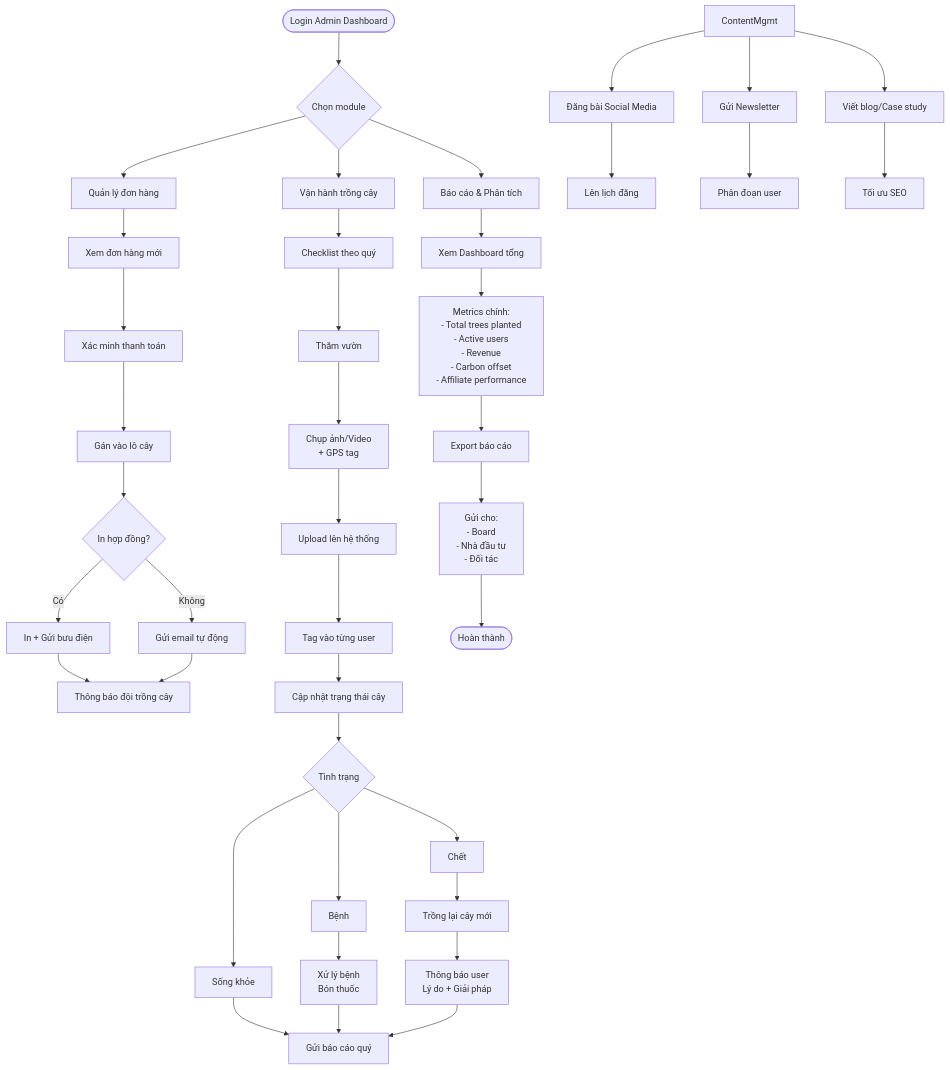
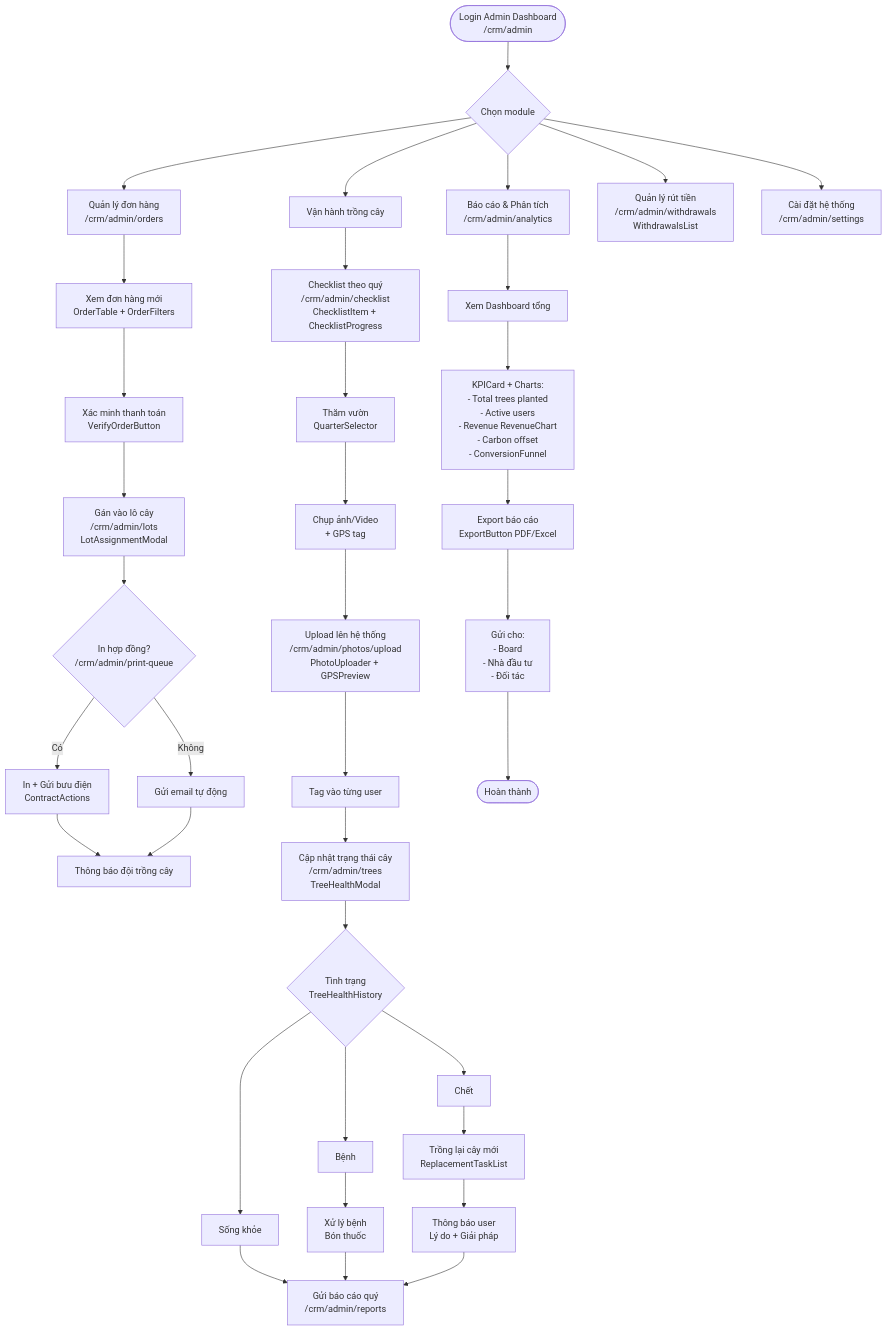
One commit to deptrai/dainganxanh changed the fifth of 5 diagrams in docs/userflow.md. Above: the diagram before and after it, drawn with Mermaid. The commit also changed other lines of this file and 3 other files, not shown here.

Commit message:
fix: update import path in next-env.d.ts and enhance user flow documentation

````diff
--- a/docs/userflow.md
+++ b/docs/userflow.md
@@ -103,56 +157,50 @@
 ```mermaid
 flowchart TD
-    Start([Login Admin Dashboard]) --> MainMenu{Chọn module}
-    
-    MainMenu --> OrderMgmt[Quản lý đơn hàng]
+    Start([Login Admin Dashboard<br>/crm/admin]) --> MainMenu{Chọn module}
+
+    MainMenu --> OrderMgmt[Quản lý đơn hàng<br>/crm/admin/orders]
     MainMenu --> PlantOps[Vận hành trồng cây]
+    MainMenu --> Analytics[Báo cáo & Phân tích<br>/crm/admin/analytics]
 
-    MainMenu --> Analytics[Báo cáo & Phân tích]
-    
-    OrderMgmt --> NewOrders[Xem đơn hàng mới]
-    NewOrders --> Verify[Xác minh thanh toán]
-    Verify --> Assign[Gán vào lô cây]
-    Assign --> PrintContract{In hợp đồng?}
-    PrintContract -->|Có| Print[In + Gửi bưu điện]
+    OrderMgmt --> NewOrders[Xem đơn hàng mới<br>OrderTable + OrderFilters]
+    NewOrders --> Verify[Xác minh thanh toán<br>VerifyOrderButton]
+    Verify --> Assign[Gán vào lô cây<br>/crm/admin/lots<br>LotAssignmentModal]
+    Assign --> PrintContract{In hợp đồng?<br>/crm/admin/print-queue}
+    PrintContract -->|Có| Print[In + Gửi bưu điện<br>ContractActions]
     PrintContract -->|Không| Digital[Gửi email tự động]
-    
+
     Print --> NotifyField[Thông báo đội trồng cây]
     Digital --> NotifyField
-    
-    PlantOps --> QuarterCheck[Checklist theo quý]
-    QuarterCheck --> FieldVisit[Thăm vườn]
-    FieldVisit --> TakePhoto[Chụp ảnh/Video<br/>+ GPS tag]
-    TakePhoto --> Upload[Upload lên hệ thống]
-    
+
+    PlantOps --> QuarterCheck[Checklist theo quý<br>/crm/admin/checklist<br>ChecklistItem + ChecklistProgress]
+    QuarterCheck --> FieldVisit[Thăm vườn<br>QuarterSelector]
+    FieldVisit --> TakePhoto[Chụp ảnh/Video<br>+ GPS tag]
+    TakePhoto --> Upload[Upload lên hệ thống<br>/crm/admin/photos/upload<br>PhotoUploader + GPSPreview]
+
     Upload --> TagUsers[Tag vào từng user]
-    TagUsers --> UpdateStatus[Cập nhật trạng thái cây]
-    
-    UpdateStatus --> CheckHealth{Tình trạng}
+    TagUsers --> UpdateStatus[Cập nhật trạng thái cây<br>/crm/admin/trees<br>TreeHealthModal]
+
+    UpdateStatus --> CheckHealth{Tình trạng<br>TreeHealthHistory}
     CheckHealth --> Healthy[Sống khỏe]
     CheckHealth --> Sick[Bệnh]
     CheckHealth --> Dead[Chết]
-    
-    Sick --> Treatment[Xử lý bệnh<br/>Bón thuốc]
-    Dead --> Replant[Trồng lại cây mới]
-    Replant --> NotifyUser[Thông báo user<br/>Lý do + Giải pháp]
-    
+
+    Sick --> Treatment[Xử lý bệnh<br>Bón thuốc]
+    Dead --> Replant[Trồng lại cây mới<br>ReplacementTaskList]
+    Replant --> NotifyUser[Thông báo user<br>Lý do + Giải pháp]
+
     Healthy --> Quarterly
     Treatment --> Quarterly
-    NotifyUser --> Quarterly[Gửi báo cáo quý]
-    
-    ContentMgmt --> Social[Đăng bài Social Media]
-    ContentMgmt --> Email[Gửi Newsletter]
-    ContentMgmt --> Blog[Viết blog/Case study]
-    
-    Social --> Schedule[Lên lịch đăng]
-    Email --> Segment[Phân đoạn user]
-    Blog --> SEO[Tối ưu SEO]
-    
+    NotifyUser --> Quarterly[Gửi báo cáo quý<br>/crm/admin/reports]
+
     Analytics --> Dashboard[Xem Dashboard tổng]
-    Dashboard --> Metrics[Metrics chính:<br/>- Total trees planted<br/>- Active users<br/>- Revenue<br/>- Carbon offset<br/>- Affiliate performance]
-    
-    Metrics --> Export[Export báo cáo]
-    Export --> Stakeholder[Gửi cho:<br/>- Board<br/>- Nhà đầu tư<br/>- Đối tác]
-    
+    Dashboard --> Metrics[KPICard + Charts:<br>- Total trees planted<br>- Active users<br>- Revenue RevenueChart<br>- Carbon offset<br>- ConversionFunnel]
+
+    Metrics --> Export[Export báo cáo<br>ExportButton PDF/Excel]
+    Export --> Stakeholder[Gửi cho:<br>- Board<br>- Nhà đầu tư<br>- Đối tác]
+
+    MainMenu --> Withdrawals[Quản lý rút tiền<br>/crm/admin/withdrawals<br>WithdrawalsList]
+    MainMenu --> Settings[Cài đặt hệ thống<br>/crm/admin/settings]
+
     Stakeholder --> End([Hoàn thành])
 ```
````
